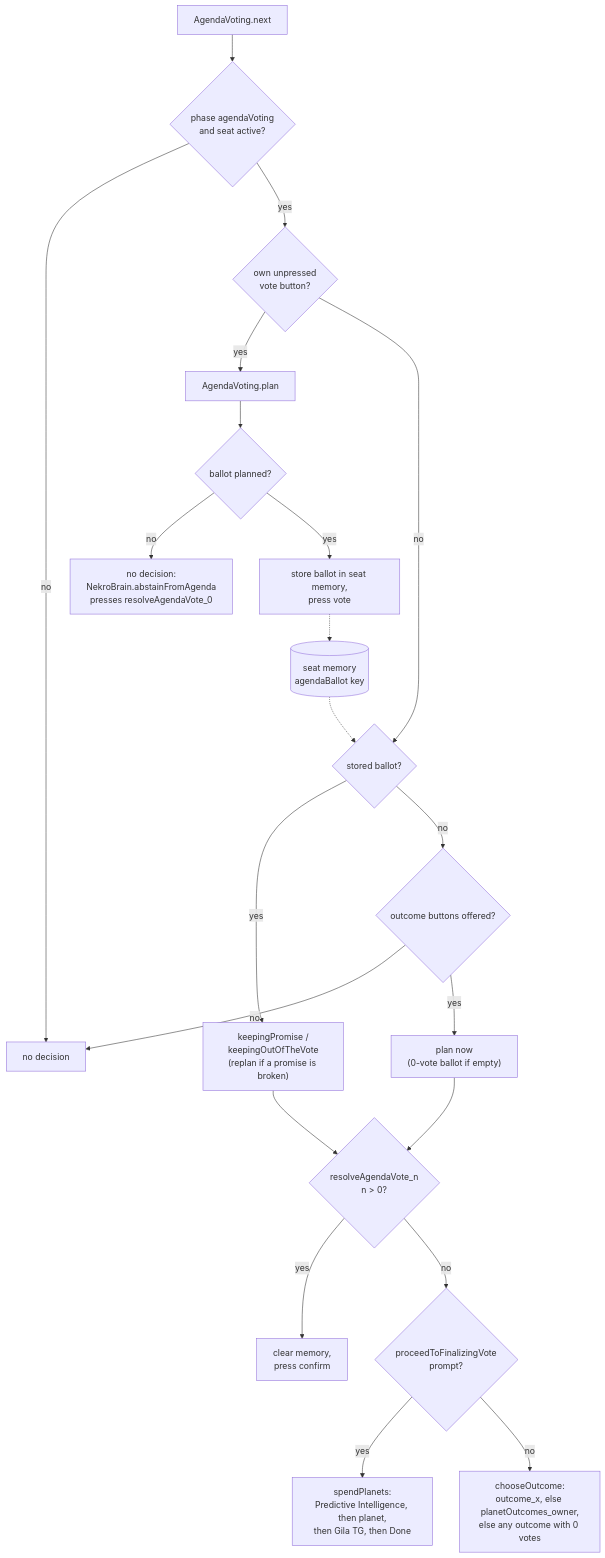
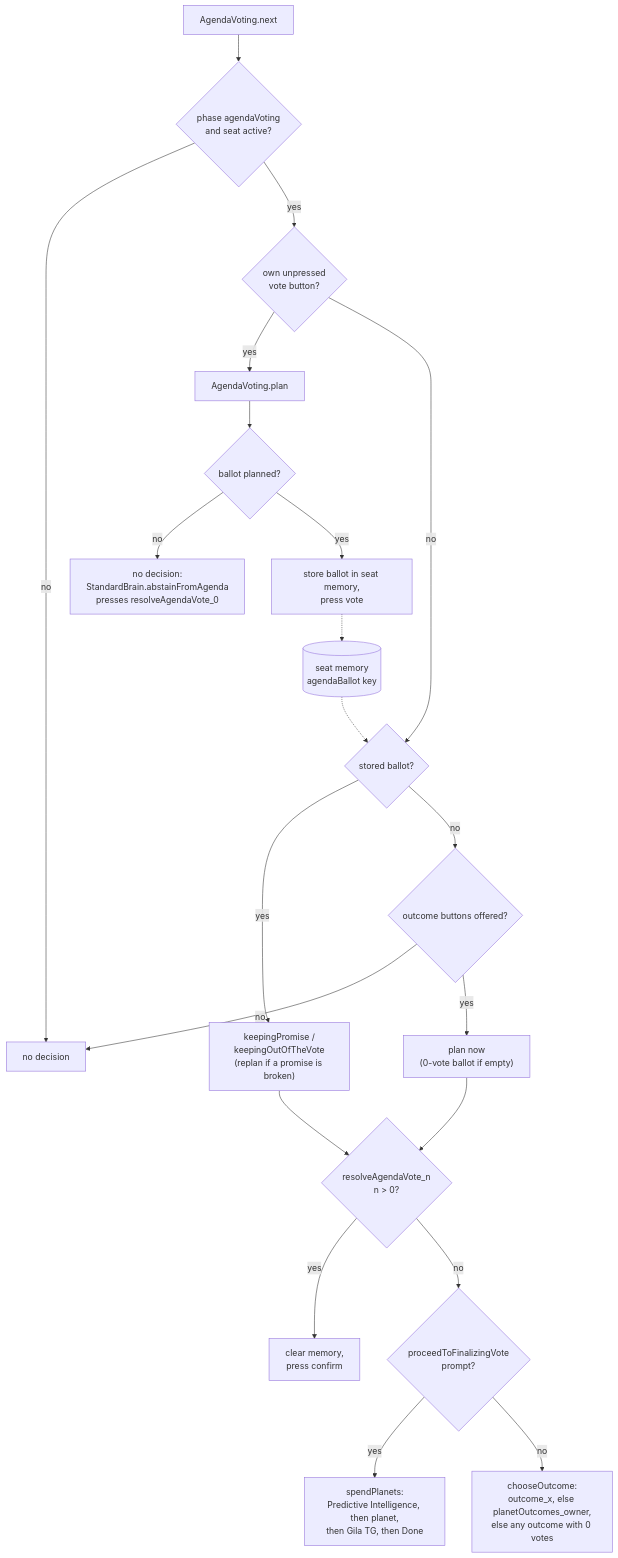
The second of 2 diagrams in src/main/java/ti4/ai/agenda/README.md (AsyncTI4/TI4_map_generator_bot), drawn with Mermaid before and after one commit. The commit also changed other lines of this file and 64 other files, not shown here.

````diff
--- a/src/main/java/ti4/ai/agenda/README.md
+++ b/src/main/java/ti4/ai/agenda/README.md
@@ -618,23 +618,23 @@
 ```mermaid
 flowchart TD
     Start["AgendaVoting.next"] --> Gate{"phase agendaVoting<br/>and seat active?"}
     Gate -- no --> Nothing["no decision"]
     Gate -- yes --> VoteBtn{"own unpressed<br/>vote button?"}
     VoteBtn -- yes --> Plan["AgendaVoting.plan"]
     Plan --> HasBallot{"ballot planned?"}
-    HasBallot -- no --> Abstain["no decision:<br/>NekroBrain.abstainFromAgenda<br/>presses resolveAgendaVote_0"]
+    HasBallot -- no --> Abstain["no decision:<br/>StandardBrain.abstainFromAgenda<br/>presses resolveAgendaVote_0"]
     HasBallot -- yes --> Store["store ballot in seat memory,<br/>press vote"]
     VoteBtn -- no --> Stored{"stored ballot?"}
     Stored -- yes --> Promise["keepingPromise /<br/>keepingOutOfTheVote<br/>(replan if a promise is broken)"]
     Stored -- no --> Offered{"outcome buttons offered?"}
     Offered -- no --> Nothing
     Offered -- yes --> LatePlan["plan now<br/>(0-vote ballot if empty)"]
     Promise --> Confirm{"resolveAgendaVote_n<br/>n > 0?"}
     LatePlan --> Confirm
     Confirm -- yes --> PressConfirm["clear memory,<br/>press confirm"]
     Confirm -- no --> Finish{"proceedToFinalizingVote<br/>prompt?"}
     Finish -- yes --> Spend["spendPlanets:<br/>Predictive Intelligence, then planet,<br/>then Gila TG, then Done"]
     Finish -- no --> Outcome["chooseOutcome:<br/>outcome_x, else planetOutcomes_owner,<br/>else any outcome with 0 votes"]
     Memory[("seat memory<br/>agendaBallot key")] -.-> Stored
     Store -.-> Memory
 ```
````
